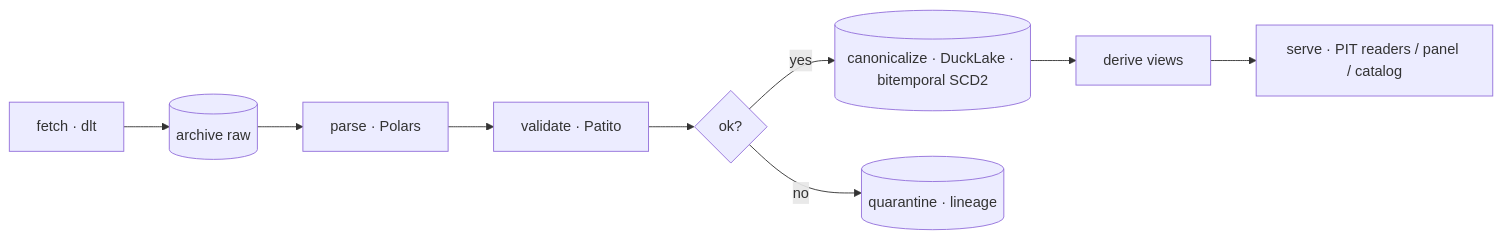
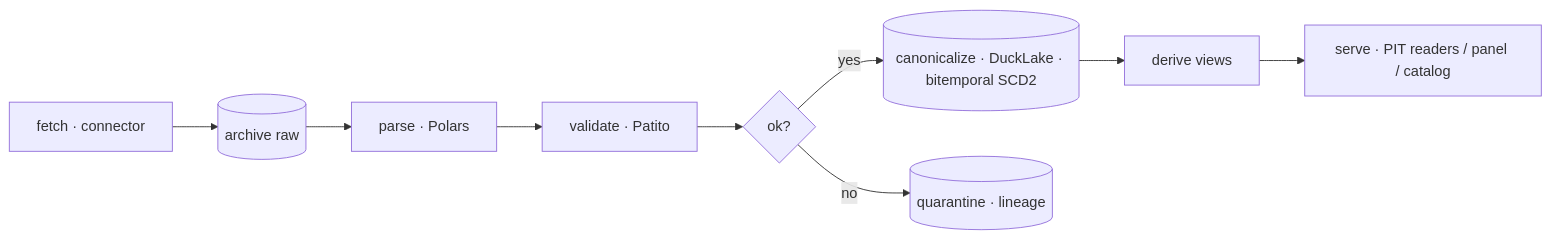
The third of 6 diagrams in docs/DESIGN.md (mblaauw/alpha-lake), drawn with Mermaid before and after one commit. The commit also changed other lines of this file and 2 other files, not shown here.

First line of the commit message:
A — Supersede ADR-0008 + de-dlt DESIGN.md

````diff
--- a/docs/DESIGN.md
+++ b/docs/DESIGN.md
@@ -151,8 +150,8 @@
 ```mermaid
 flowchart LR
-  E[fetch · dlt] --> R[(archive raw)] --> N[parse · Polars]
+  E[fetch · connector] --> R[(archive raw)] --> N[parse · Polars]
   N --> V[validate · Patito] --> Q{ok?}
   Q -- yes --> C[(canonicalize · DuckLake · bitemporal SCD2)]
   Q -- no --> X[(quarantine · lineage)]
   C --> D[derive views] --> S[serve · PIT readers / panel / catalog]
 ```
````
